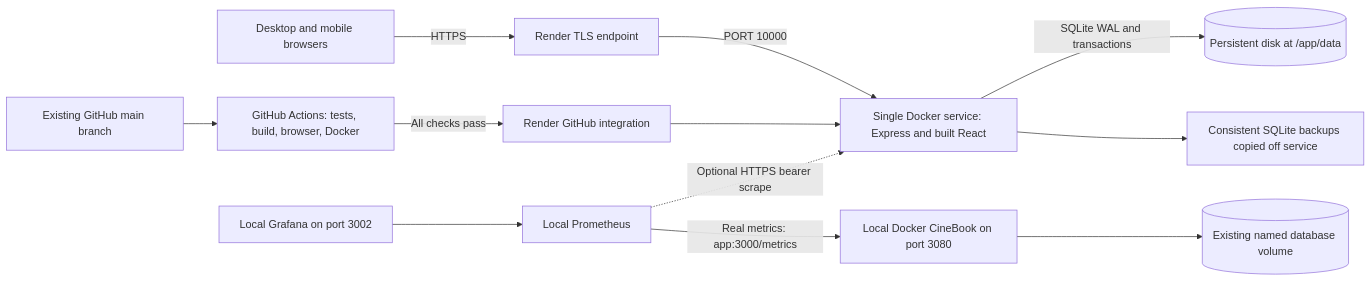
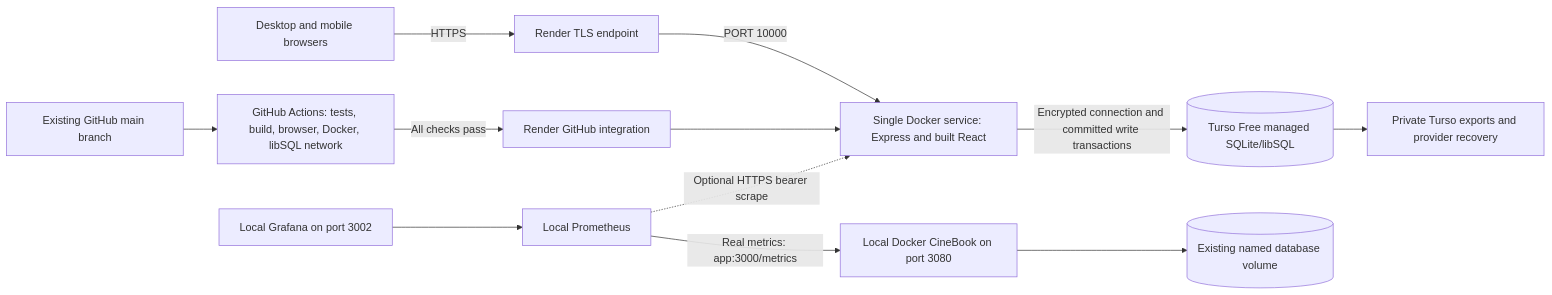
Before and after one commit to Paras-kadam/cinebook-devops.: the diagram in docs/DEVOPS_REPORT.md, drawn with Mermaid. The commit also changed other lines of this file and 21 other files, not shown here.

Commit message:
Support durable Turso bookings on free Render hosting

````diff
--- a/docs/DEVOPS_REPORT.md
+++ b/docs/DEVOPS_REPORT.md
@@ -7,14 +7,14 @@
 ```mermaid
 flowchart LR
     Visitors[Desktop and mobile browsers] -->|HTTPS| Edge[Render TLS endpoint]
     Edge -->|PORT 10000| App[Single Docker service: Express and built React]
-    App -->|SQLite WAL and transactions| Disk[(Persistent disk at /app/data)]
-    Git[Existing GitHub main branch] --> CI[GitHub Actions: tests, build, browser, Docker]
+    App -->|Encrypted connection and committed write transactions| Disk[(Turso Free managed SQLite/libSQL)]
+    Git[Existing GitHub main branch] --> CI[GitHub Actions: tests, build, browser, Docker, libSQL network]
     CI -->|All checks pass| CD[Render GitHub integration]
     CD --> App
-    App --> Backup[Consistent SQLite backups copied off service]
+    Disk --> Backup[Private Turso exports and provider recovery]
     LocalApp[Local Docker CineBook on port 3080] --> LocalDB[(Existing named database volume)]
     Prom[Local Prometheus] -->|Real metrics: app:3000/metrics| LocalApp
     Grafana[Local Grafana on port 3002] --> Prom
     Prom -. Optional HTTPS bearer scrape .-> App
 ```
````
